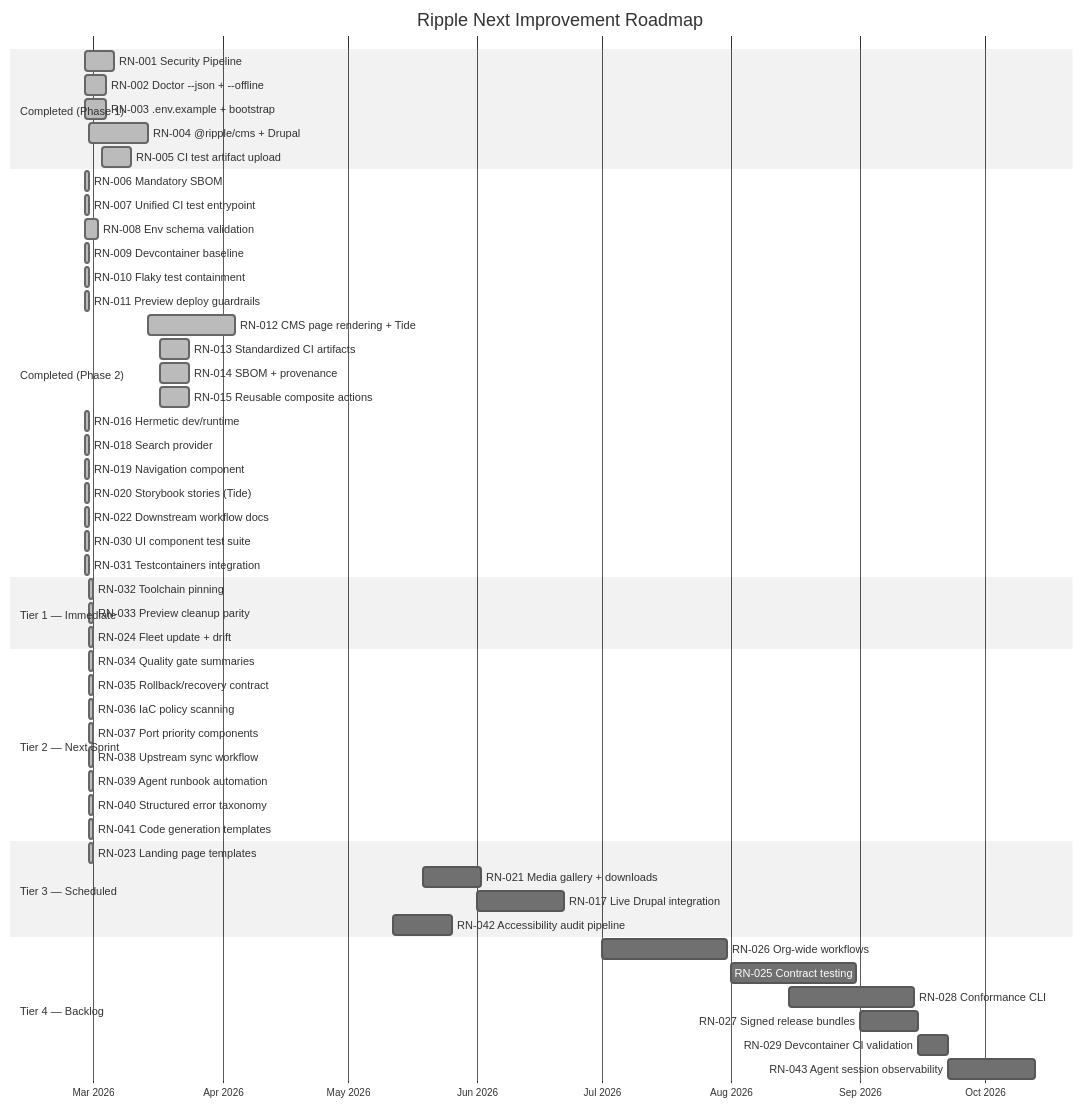
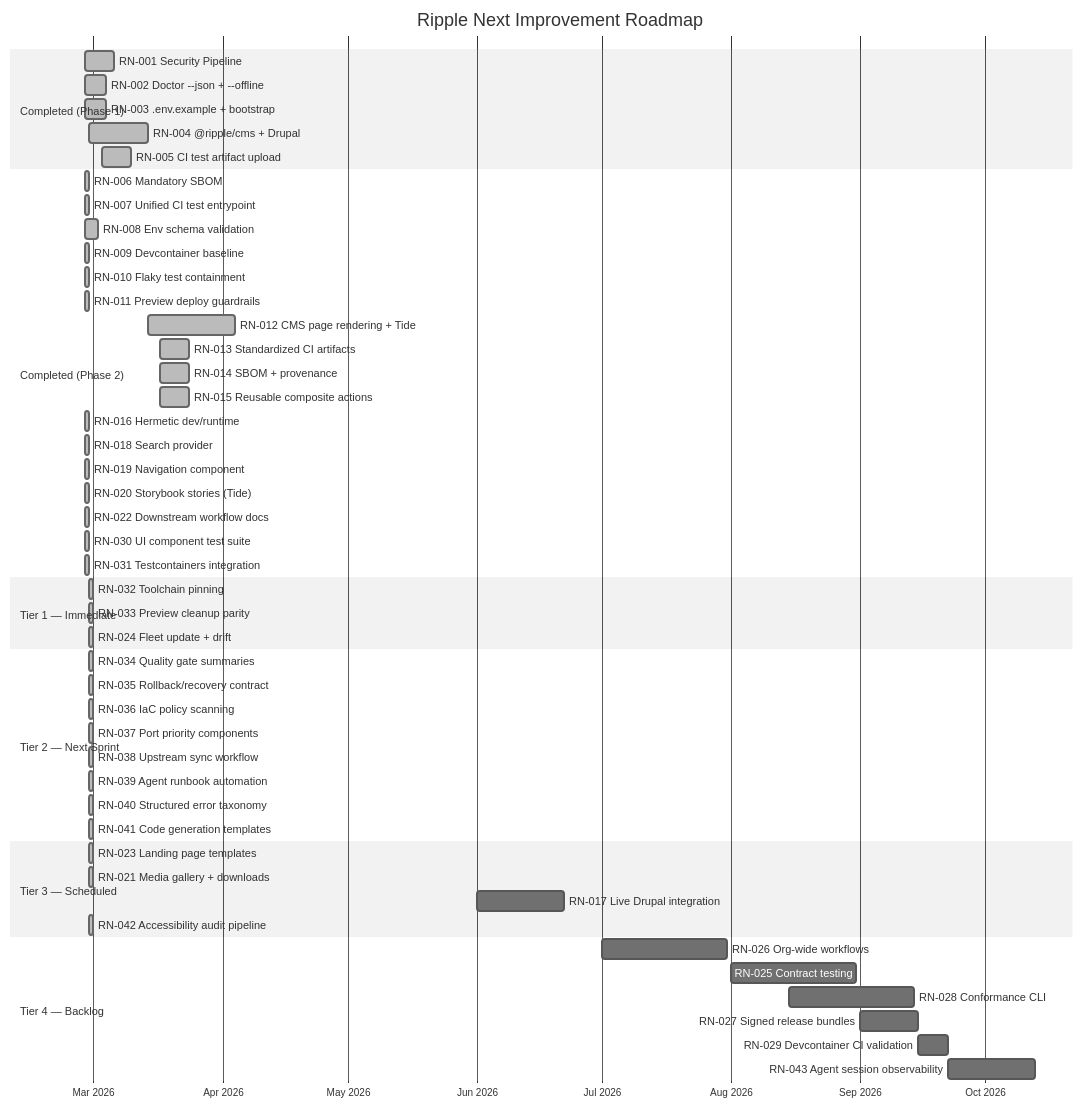
Before and after one commit to jbejenar/ripple-next: the second of 6 diagrams in docs/product-roadmap/README.md, drawn with Mermaid (neutral theme). The commit also changed other lines of this file and 13 other files, not shown here.

First line of the commit message:
feat(ui): add MediaGallery and DocumentDownload components (RN-021)

````diff
--- a/docs/product-roadmap/README.md
+++ b/docs/product-roadmap/README.md
@@ -605,61 +618,61 @@
 ```mermaid
 gantt
     title Ripple Next Improvement Roadmap
     dateFormat YYYY-MM-DD
     axisFormat %b %Y
 
     section Completed (Phase 1)
     RN-001 Security Pipeline              :done, rn001, 2026-02-27, 7d
     RN-002 Doctor --json + --offline       :done, rn002, 2026-02-27, 5d
     RN-003 .env.example + bootstrap        :done, rn003, 2026-02-27, 5d
     RN-004 @ripple/cms + Drupal            :done, rn004, 2026-02-28, 14d
     RN-005 CI test artifact upload         :done, rn005, 2026-03-03, 7d
 
     section Completed (Phase 2)
     RN-006 Mandatory SBOM                  :done, rn006, 2026-02-27, 1d
     RN-007 Unified CI test entrypoint      :done, rn007, 2026-02-27, 1d
     RN-008 Env schema validation           :done, rn008, 2026-02-27, 3d
     RN-009 Devcontainer baseline           :done, rn009, 2026-02-27, 1d
     RN-010 Flaky test containment          :done, rn010, 2026-02-27, 1d
     RN-011 Preview deploy guardrails       :done, rn011, 2026-02-27, 1d
     RN-012 CMS page rendering + Tide       :done, rn012, 2026-03-14, 21d
     RN-013 Standardized CI artifacts       :done, rn013, 2026-03-17, 7d
     RN-014 SBOM + provenance               :done, rn014, 2026-03-17, 7d
     RN-015 Reusable composite actions      :done, rn015, 2026-03-17, 7d
     RN-016 Hermetic dev/runtime            :done, rn016, 2026-02-27, 1d
     RN-018 Search provider                 :done, rn018, 2026-02-27, 1d
     RN-019 Navigation component            :done, rn019, 2026-02-27, 1d
     RN-020 Storybook stories (Tide)        :done, rn020, 2026-02-27, 1d
     RN-022 Downstream workflow docs        :done, rn022, 2026-02-27, 1d
     RN-030 UI component test suite         :done, rn030, 2026-02-27, 1d
     RN-031 Testcontainers integration      :done, rn031, 2026-02-27, 1d
 
     section Tier 1 — Immediate
     RN-032 Toolchain pinning               :done, rn032, 2026-02-28, 1d
     RN-033 Preview cleanup parity          :done, rn033, 2026-02-28, 1d
     RN-024 Fleet update + drift            :done, rn024, 2026-02-28, 1d
 
     section Tier 2 — Next Sprint
     RN-034 Quality gate summaries          :done, rn034, 2026-02-28, 1d
     RN-035 Rollback/recovery contract      :done, rn035, 2026-02-28, 1d
     RN-036 IaC policy scanning             :done, rn036, 2026-02-28, 1d
     RN-037 Port priority components        :done, rn037, 2026-02-28, 1d
     RN-038 Upstream sync workflow          :done, rn038, 2026-02-28, 1d
     RN-039 Agent runbook automation        :done, rn039, 2026-02-28, 1d
     RN-040 Structured error taxonomy       :done, rn040, 2026-02-28, 1d
     RN-041 Code generation templates       :done, rn041, 2026-02-28, 1d
 
     section Tier 3 — Scheduled
     RN-023 Landing page templates          :done, rn023, 2026-02-28, 1d
-    RN-021 Media gallery + downloads       :rn021, 2026-05-19, 14d
+    RN-021 Media gallery + downloads       :done, rn021, 2026-02-28, 1d
     RN-017 Live Drupal integration         :rn017, 2026-06-01, 21d
-    RN-042 Accessibility audit pipeline    :rn042, 2026-05-12, 14d
+    RN-042 Accessibility audit pipeline    :done, rn042, 2026-02-28, 1d
 
     section Tier 4 — Backlog
     RN-026 Org-wide workflows              :rn026, 2026-07-01, 30d
     RN-025 Contract testing                :rn025, 2026-08-01, 30d
     RN-028 Conformance CLI                 :rn028, 2026-08-15, 30d
     RN-027 Signed release bundles          :rn027, 2026-09-01, 14d
     RN-029 Devcontainer CI validation      :rn029, 2026-09-15, 7d
     RN-043 Agent session observability     :rn043, 2026-09-22, 21d
 ```
````
